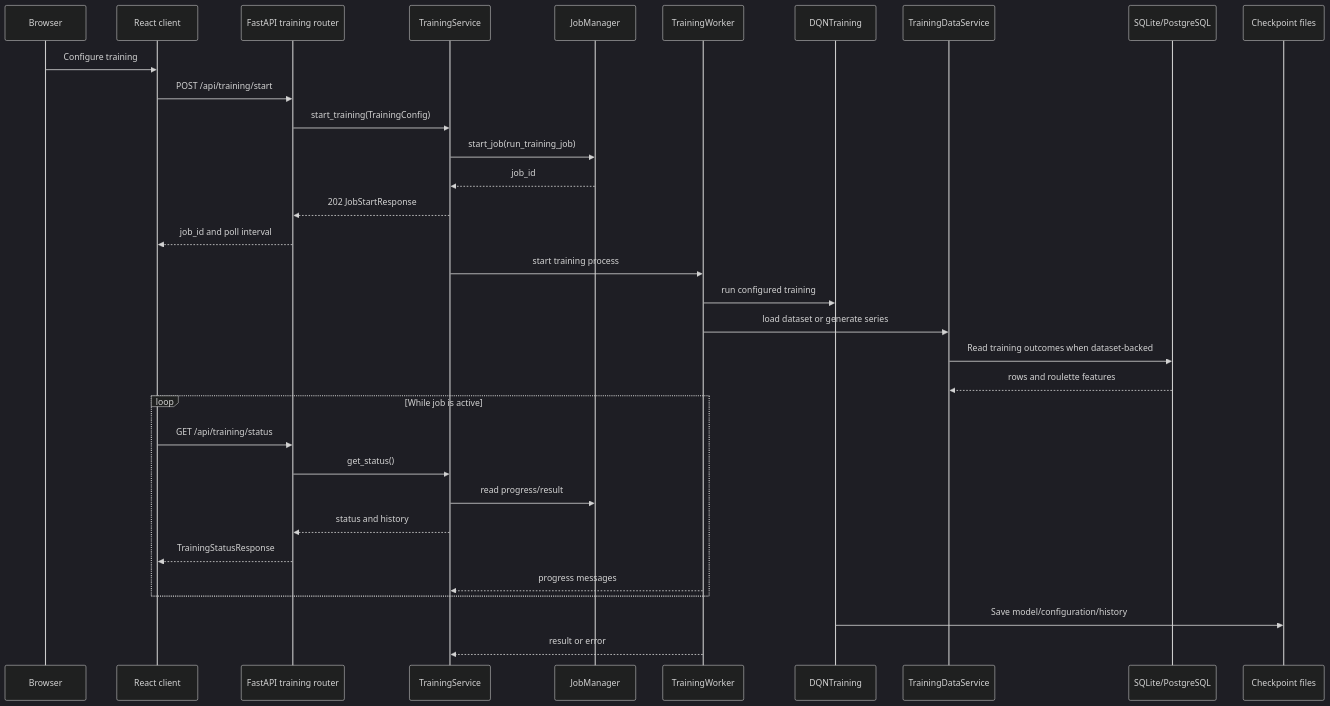
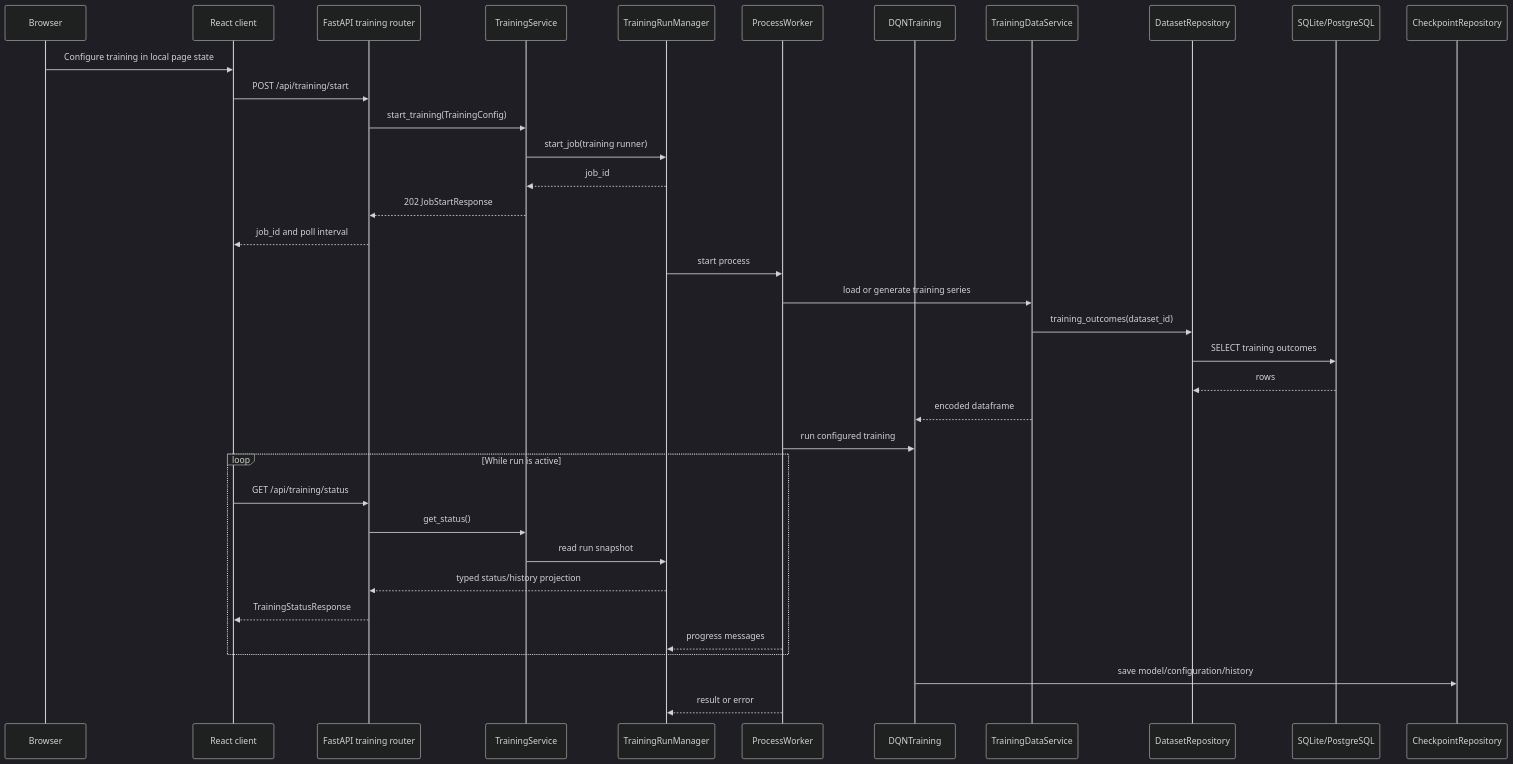
Before and after one commit to CTCycle/FAIRS-Roulette-Player: the second of 4 diagrams in assets/docs/architecture/execution_and_data_flow.md, drawn with Mermaid (dark theme). The commit also changed other lines of this file and 19 other files, not shown here.

````diff
--- a/assets/docs/architecture/execution_and_data_flow.md
+++ b/assets/docs/architecture/execution_and_data_flow.md
@@ -113,36 +76,39 @@
 ```mermaid
 sequenceDiagram
     participant Browser
     participant Client as React client
     participant API as FastAPI training router
     participant Service as TrainingService
-    participant Jobs as JobManager
-    participant Worker as TrainingWorker
+    participant Runs as TrainingRunManager
+    participant Worker as ProcessWorker
     participant ML as DQNTraining
     participant Data as TrainingDataService
+    participant Dataset as DatasetRepository
     participant DB as SQLite/PostgreSQL
-    participant Files as Checkpoint files
+    participant Files as CheckpointRepository
 
-    Browser->>Client: Configure training
+    Browser->>Client: Configure training in local page state
     Client->>API: POST /api/training/start
     API->>Service: start_training(TrainingConfig)
-    Service->>Jobs: start_job(run_training_job)
-    Jobs-->>Service: job_id
+    Service->>Runs: start_job(training runner)
+    Runs-->>Service: job_id
     Service-->>API: 202 JobStartResponse
     API-->>Client: job_id and poll interval
-    Service->>Worker: start training process
+    Runs->>Worker: start process
+    Worker->>Data: load or generate training series
+    Data->>Dataset: training_outcomes(dataset_id)
+    Dataset->>DB: SELECT training outcomes
+    DB-->>Dataset: rows
+    Data-->>ML: encoded dataframe
     Worker->>ML: run configured training
-    Worker->>Data: load dataset or generate series
-    Data->>DB: Read training outcomes when dataset-backed
-    DB-->>Data: rows and roulette features
-    loop While job is active
+    loop While run is active
         Client->>API: GET /api/training/status
         API->>Service: get_status()
-        Service->>Jobs: read progress/result
-        Service-->>API: status and history
+        Service->>Runs: read run snapshot
+        Runs-->>API: typed status/history projection
         API-->>Client: TrainingStatusResponse
-        Worker-->>Service: progress messages
+        Worker-->>Runs: progress messages
     end
-    ML->>Files: Save model/configuration/history
-    Worker-->>Service: result or error
+    ML->>Files: save model/configuration/history
+    Worker-->>Runs: result or error
 ```
````
